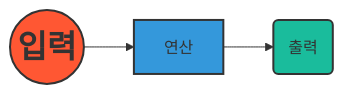
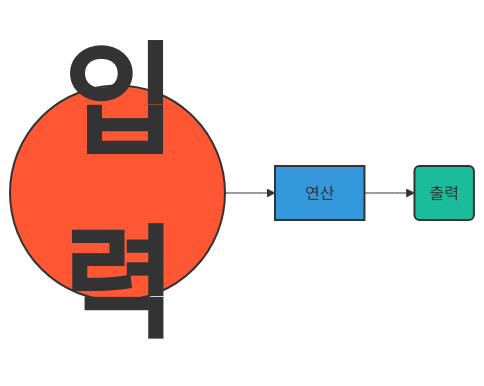
One commit to 201710808/-p changed the diagram in Readme.md. Above: the diagram before and after it, drawn with Mermaid.

````diff
--- a/Readme.md
+++ b/Readme.md
@@ -3,10 +3,10 @@
 ```mermaid
 graph LR
-A((<b><span style='font-size:32px'>입력</span></b>)) --> B[연산]
+A((<b><span style='font-size:122px'>입력</span></b>)) --> B[연산]
 B --> C(출력)
 
 style A fill:#FF5733,stroke:#333,stroke-width:2px
 style B fill:#3498db,stroke:#333,stroke-width:2px
 style C fill:#1abc9c,stroke:#333,stroke-width:2px
 
 ```
````
